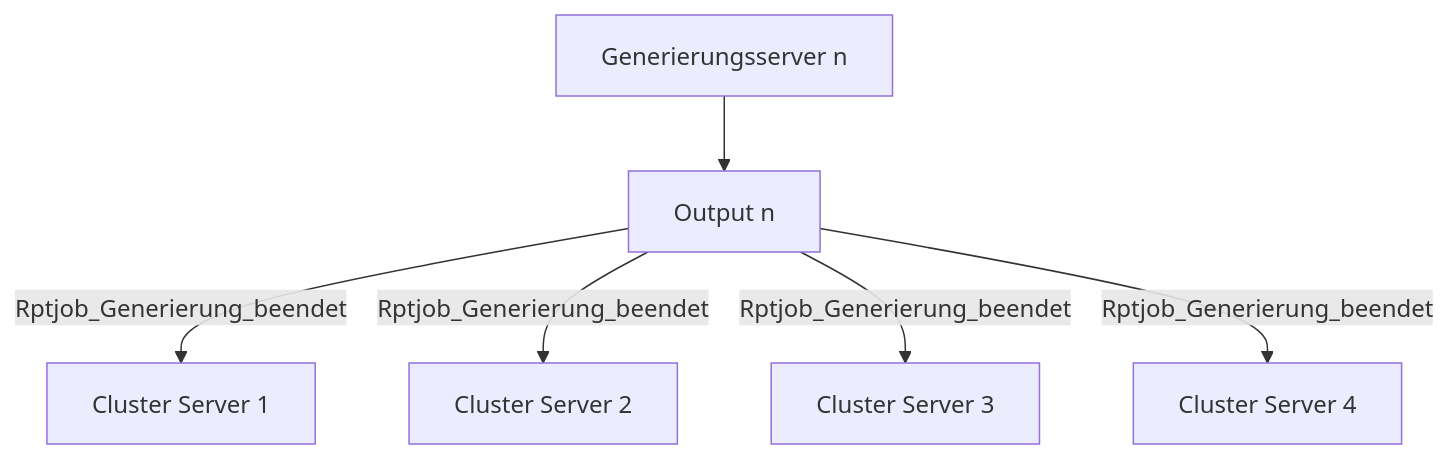
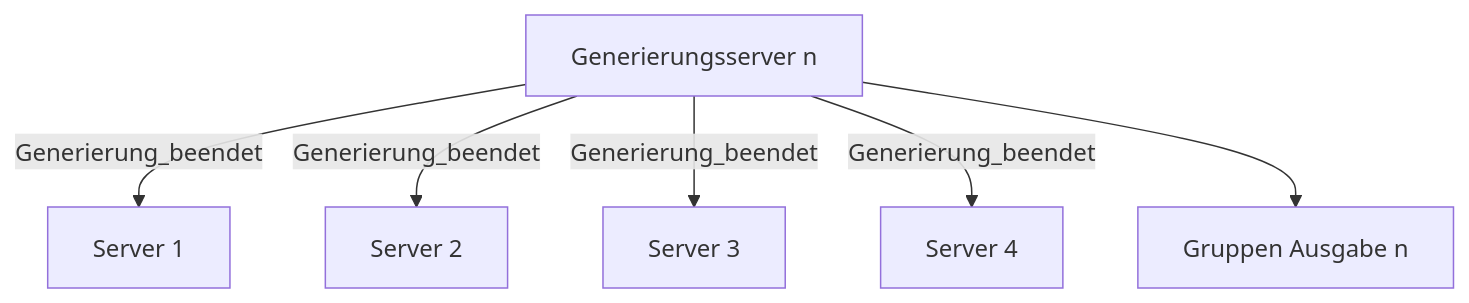
Before and after one commit to BisonSchweizAG/documentation: the second of 2 diagrams in clusterprinting.md, drawn with Mermaid. The commit also changed other lines of this file, not shown here.

Commit message:
Fix group output and event timing

````diff
--- a/clusterprinting.md
+++ b/clusterprinting.md
@@ -30,8 +30,8 @@
 ```mermaid
   graph TD;
-      A[Generierungsserver n]-->O[Output n];
-      O--Rptjob_Generierung_beendet-->B[Cluster Server 1];
-      O--Rptjob_Generierung_beendet-->C[Cluster Server 2];
-      O--Rptjob_Generierung_beendet-->D[Cluster Server 3];
-      O--Rptjob_Generierung_beendet-->E[Cluster Server 4];
+      A[Generierungsserver n]--Generierung_beendet-->B[Server 1];
+      A--Generierung_beendet-->C[Server 2];
+      A--Generierung_beendet-->D[Server 3];
+      A--Generierung_beendet-->E[Server 4];
+      A-->O[Gruppen Ausgabe n];
 ```
````
